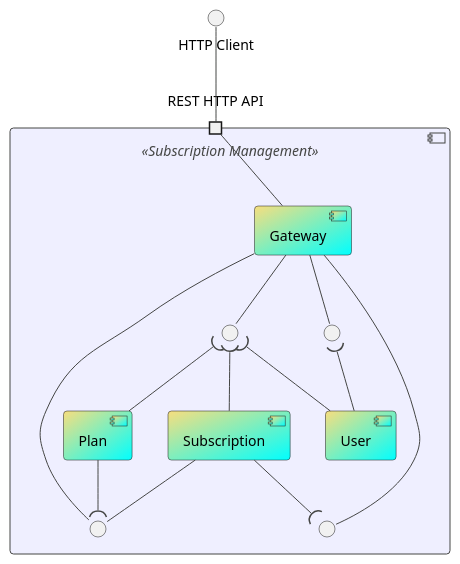
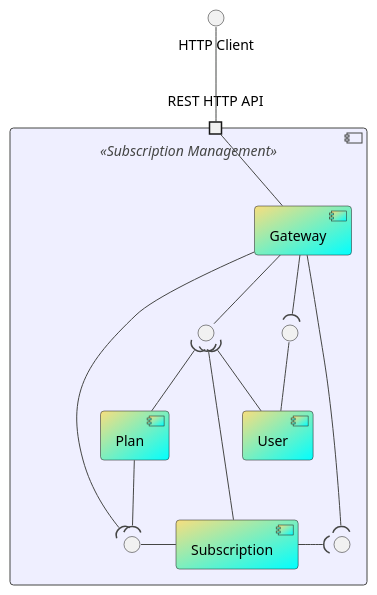
Before and after one commit to tam65r/protobuf-in-REST-aplication: the diagram in protobuf-project/docs/CD-N2v3.puml, drawn with PlantUML. The commit also changed 4 other files, not shown here.

Commit message:
alteração de diagramas

```diff
--- a/protobuf-project/docs/CD-N2v3.puml
+++ b/protobuf-project/docs/CD-N2v3.puml
@@ -1,55 +1,55 @@
 @startuml
 'https://plantuml.com/component-diagram
 !theme toy
 
 skinparam backgroundColor Transparent
 skinparam componentBackgroundColor MOTIVATION
 component " " <<Subscription Management>> {
     portin "REST HTTP API"  as apiP
 
     component "Gateway" as gw #F8DE7E/00FFFF
     component "Plan" as plans #F8DE7E/00FFFF
     component "Subscription" as subscriptions #F8DE7E/00FFFF
     component "User" as users #F8DE7E/00FFFF
 
 
 
     interface " " as inter1
     interface " " as inter2
     interface " " as inter3
 
     interface " " as gwInter
 }
 
 interface "HTTP Client" as HTTPa
 
 apiP -down- gw
 
 apiP -up- HTTPa
 
 plans  -down-( inter1
 
 gw -down[hidden]- plans
 users -left[hidden]- plans
 users -right[hidden]- subscriptions
 
-subscriptions --( inter2
+subscriptions -right-( inter2
 
-subscriptions -- inter1
+subscriptions -left- inter1
 
 
 
-users -up-( inter3
+users -up- inter3
 
 gw -down- gwInter
 
 plans -up-( gwInter
 subscriptions -up-( gwInter
 users -up-( gwInter
 
-gw -inter1
-gw -inter2
-gw -inter3
+gw -(inter1
+gw -(inter2
+gw -(inter3
 
 
 @enduml
```
